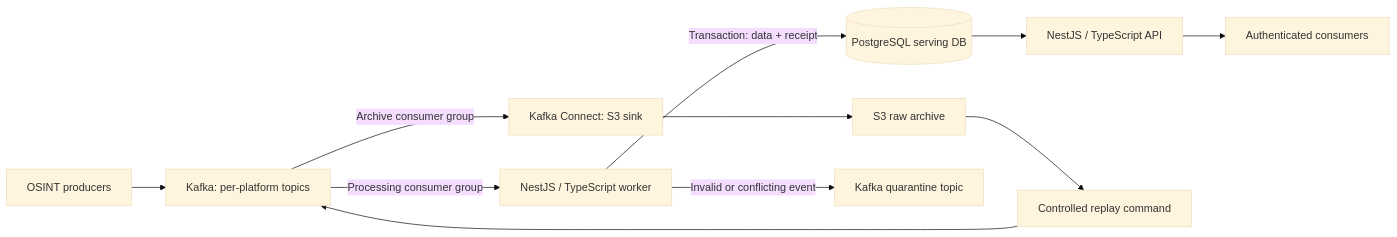
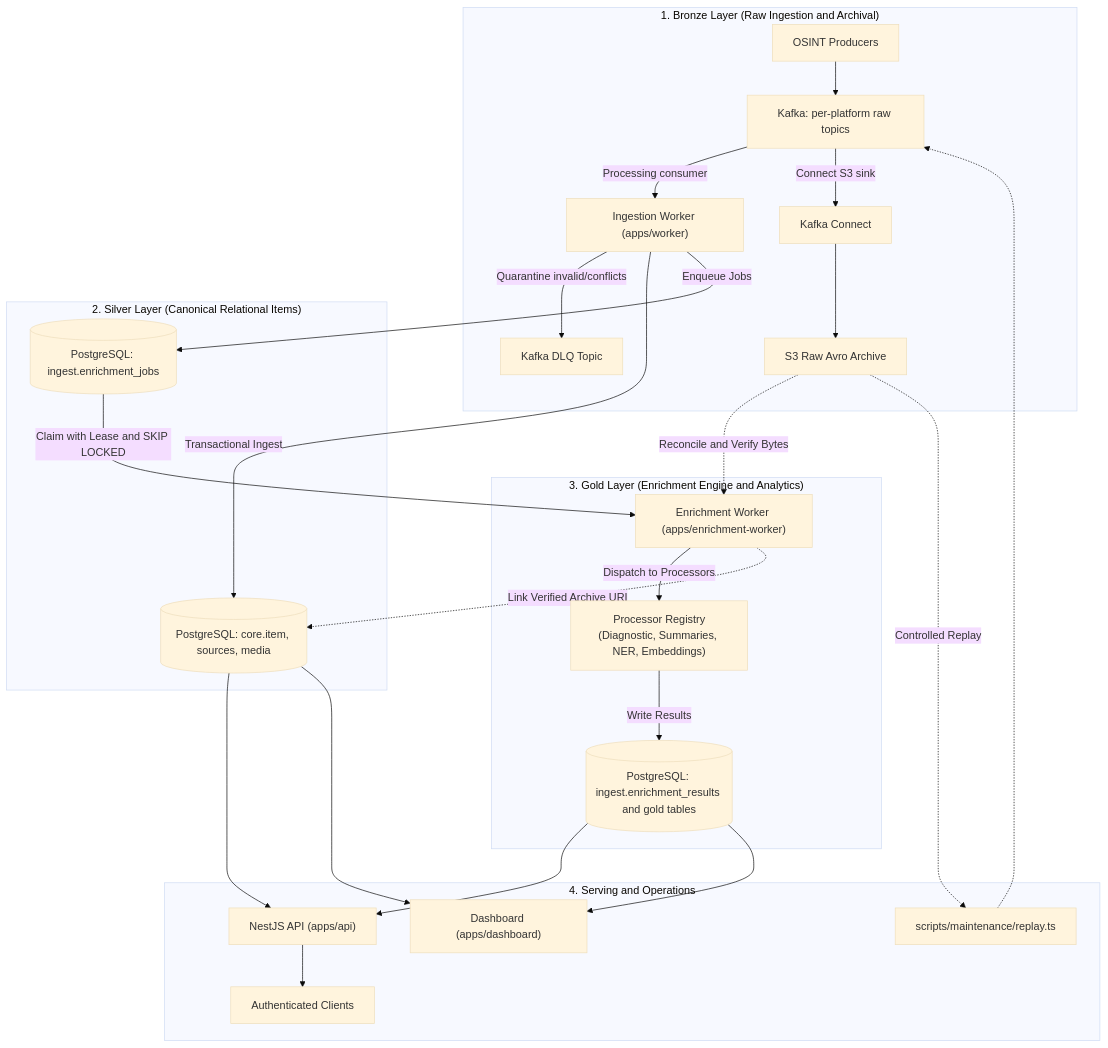
The diagram in README.md (tabash21/nexus), drawn with Mermaid (base theme) before and after one commit. The commit also changed other lines of this file, not shown here.

Commit message:
docs: update README with detailed Medallion architecture flowchart and component descriptions

````diff
--- a/README.md
+++ b/README.md
@@ -7,13 +9,31 @@
 ```mermaid
-flowchart LR
-    Producers[OSINT producers] --> Kafka[Kafka: per-platform topics]
-    Kafka -->|Archive consumer group| Connect[Kafka Connect: S3 sink]
-    Connect --> Raw[S3 raw archive]
-    Kafka -->|Processing consumer group| Worker[NestJS / TypeScript worker]
-    Worker -->|Transaction: data + receipt| PG[(PostgreSQL serving DB)]
-    Worker -->|Invalid or conflicting event| DLQ[Kafka quarantine topic]
-    PG --> API[NestJS / TypeScript API]
-    API --> Consumers[Authenticated consumers]
-    Raw --> Replay[Controlled replay command]
-    Replay --> Kafka
+flowchart TD
+    subgraph Bronze ["1. Bronze Layer (Raw Ingestion and Archival)"]
+        Producers[OSINT Producers] --> Kafka[Kafka: per-platform raw topics]
+        Kafka -->|Processing consumer| Worker["Ingestion Worker (apps/worker)"]
+        Kafka -->|Connect S3 sink| Connect["Kafka Connect"]
+        Connect --> S3Raw["S3 Raw Avro Archive"]
+        Worker -->|Quarantine invalid/conflicts| DLQ[Kafka DLQ Topic]
+    end
+
+    subgraph Silver ["2. Silver Layer (Canonical Relational Items)"]
+        Worker -->|Transactional Ingest| PG_Silver[("PostgreSQL: core.item, sources, media")]
+        Worker -->|Enqueue Jobs| PG_Jobs[("PostgreSQL: ingest.enrichment_jobs")]
+    end
+
+    subgraph Gold ["3. Gold Layer (Enrichment Engine and Analytics)"]
+        PG_Jobs -->|Claim with Lease and SKIP LOCKED| EnrichWorker["Enrichment Worker (apps/enrichment-worker)"]
+        EnrichWorker -->|Dispatch to Processors| Pipeline["Processor Registry\n(Diagnostic, Summaries, NER, Embeddings)"]
+        Pipeline -->|Write Results| PG_Gold[("PostgreSQL: ingest.enrichment_results and gold tables")]
+        S3Raw -.->|Reconcile and Verify Bytes| EnrichWorker
+        EnrichWorker -.->|Link Verified Archive URI| PG_Silver
+    end
+
+    subgraph Serving ["4. Serving and Operations"]
+        PG_Silver & PG_Gold --> API["NestJS API (apps/api)"]
+        API --> Consumers[Authenticated Clients]
+        PG_Silver & PG_Gold --> Dashboard["Dashboard (apps/dashboard)"]
+        S3Raw -.->|Controlled Replay| Replay["scripts/maintenance/replay.ts"]
+        Replay -.-> Kafka
+    end
 ```
````
